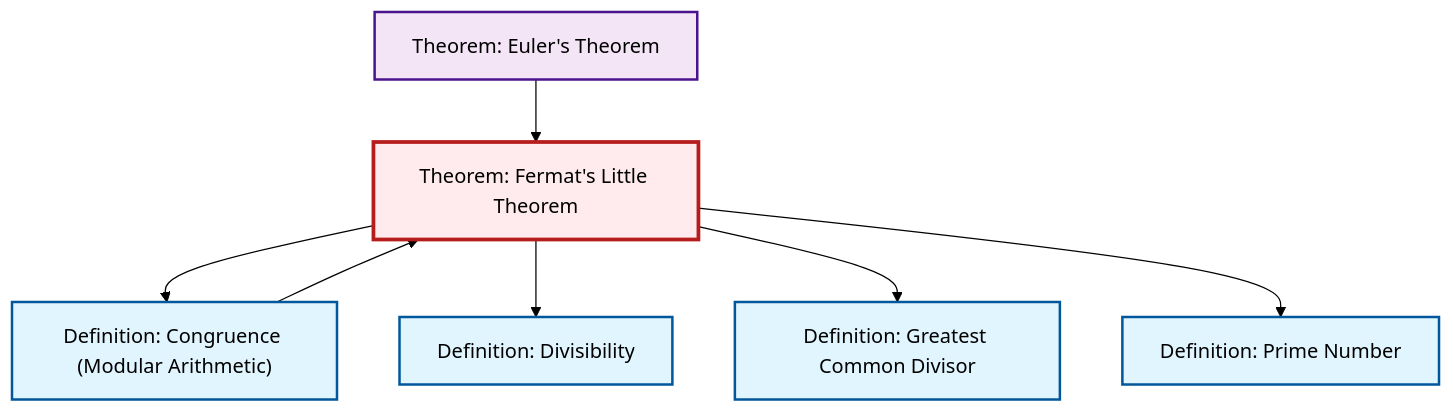
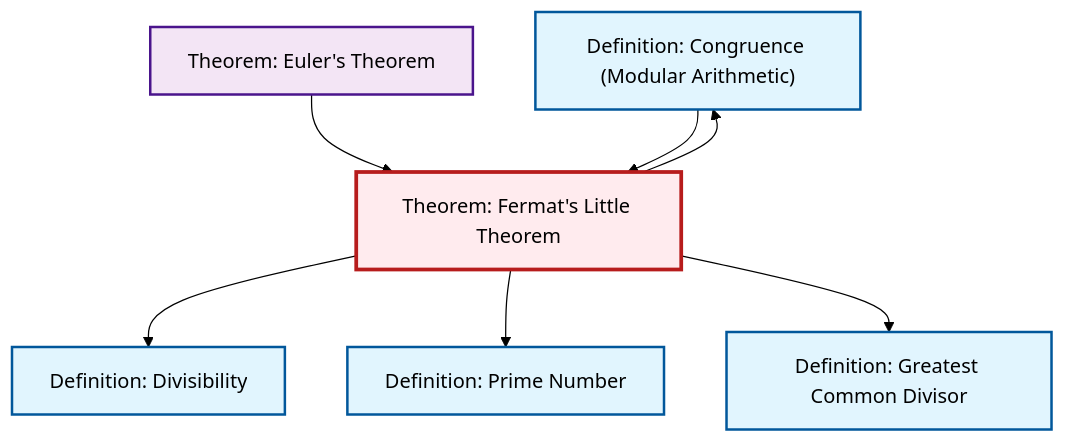
Before and after one commit to RK0429/ModernMath: the diagram in content/ja/number-theory/thm-fermat-little.qmd, drawn with Mermaid (forest theme). The commit also changed other lines of this file and 619 other files, not shown here.

First line of the commit message:
feat: Add LCM (Least Common Multiple) definition with comprehensive cross-references

````diff
--- a/content/ja/number-theory/thm-fermat-little.qmd
+++ b/content/ja/number-theory/thm-fermat-little.qmd
@@ -91,27 +91,27 @@
 ```{mermaid}
 %%| fig-cap: "Local dependency graph"
 graph TD
     classDef definition fill:#e1f5fe,stroke:#01579b,stroke-width:2px
     classDef theorem fill:#f3e5f5,stroke:#4a148c,stroke-width:2px
     classDef axiom fill:#fff3e0,stroke:#e65100,stroke-width:2px
     classDef example fill:#e8f5e9,stroke:#1b5e20,stroke-width:2px
     classDef current fill:#ffebee,stroke:#b71c1c,stroke-width:3px
+    def-congruence["Definition: Congruence (Modular Arithmetic)"]:::definition
+    def-gcd["Definition: Greatest Common Divisor"]:::definition
+    def-divisibility["Definition: Divisibility"]:::definition
+    def-prime["Definition: Prime Number"]:::definition
     thm-euler["Theorem: Euler's Theorem"]:::theorem
-    def-gcd["Definition: Greatest Common Divisor"]:::definition
-    def-congruence["Definition: Congruence (Modular Arithmetic)"]:::definition
     thm-fermat-little["Theorem: Fermat's Little Theorem"]:::theorem
-    def-prime["Definition: Prime Number"]:::definition
-    def-divisibility["Definition: Divisibility"]:::definition
-    thm-fermat-little --> def-congruence
+    thm-euler --> thm-fermat-little
     thm-fermat-little --> def-divisibility
     def-congruence --> thm-fermat-little
-    thm-euler --> thm-fermat-little
+    thm-fermat-little --> def-prime
+    thm-fermat-little --> def-congruence
     thm-fermat-little --> def-gcd
-    thm-fermat-little --> def-prime
     class thm-fermat-little current
+    click def-congruence "def-congruence.html" "Definition: Congruence (Modular Arithmetic)へ"
+    click def-gcd "def-gcd.html" "Definition: Greatest Common Divisorへ"
+    click def-divisibility "def-divisibility.html" "Definition: Divisibilityへ"
+    click def-prime "def-prime.html" "Definition: Prime Numberへ"
     click thm-euler "thm-euler.html" "Theorem: Euler's Theoremへ"
-    click def-gcd "def-gcd.html" "Definition: Greatest Common Divisorへ"
-    click def-congruence "def-congruence.html" "Definition: Congruence (Modular Arithmetic)へ"
-    click def-prime "def-prime.html" "Definition: Prime Numberへ"
-    click def-divisibility "def-divisibility.html" "Definition: Divisibilityへ"
 ```
````
